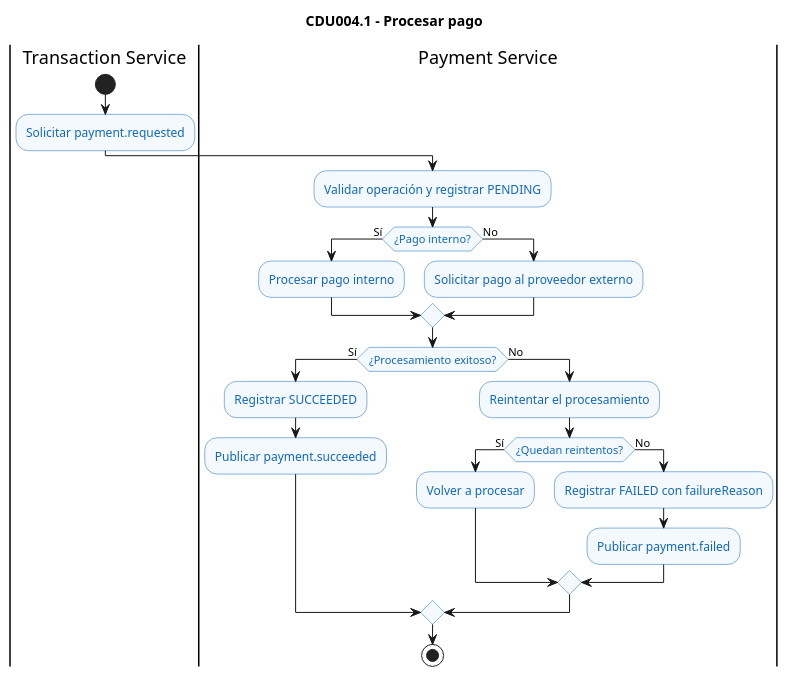
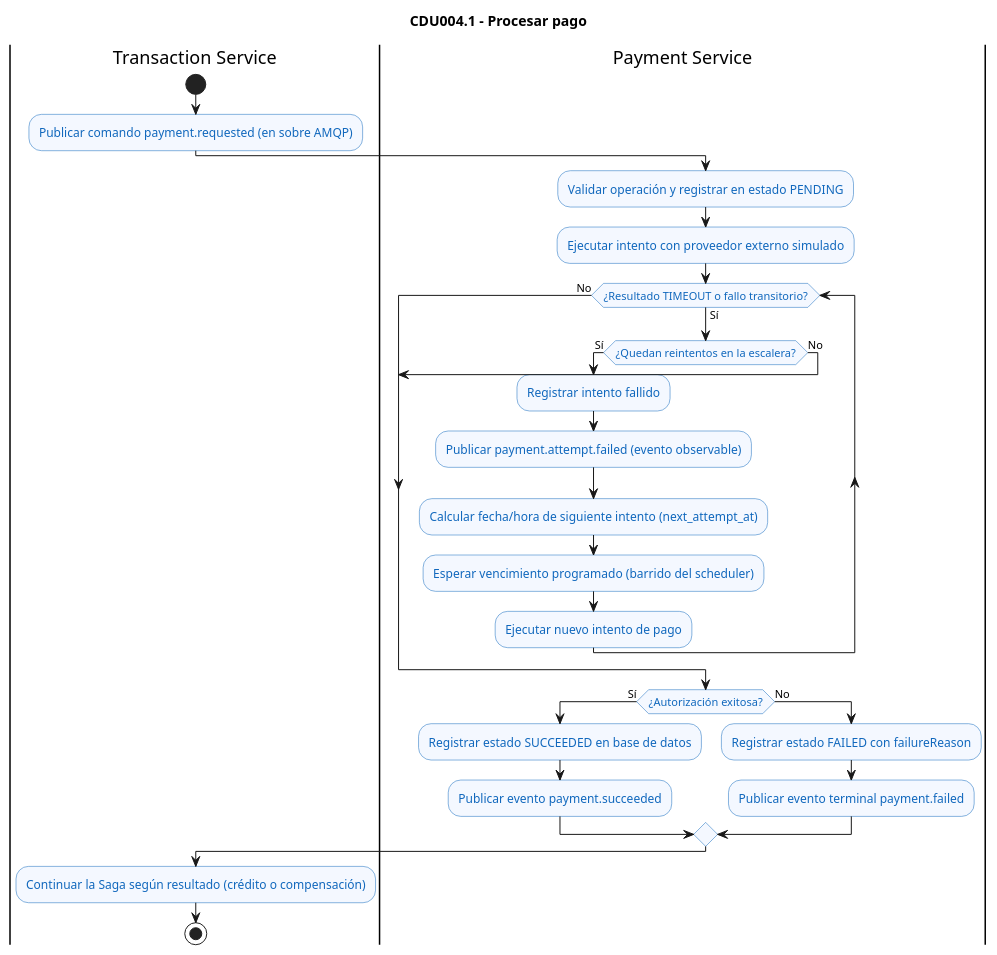
The diagram in docs/architecture/diagrams/cdu/payment/flujos/CDU004.1-procesar-pago.puml (marcosbondel/Proyecto-SA-B-2), drawn with PlantUML before and after one commit. The commit also changed 18 other files, not shown here.

Commit message:
docs: add architecture and use case diagrams in PlantUML and PNG formats

```diff
--- a/docs/architecture/diagrams/cdu/payment/flujos/CDU004.1-procesar-pago.puml
+++ b/docs/architecture/diagrams/cdu/payment/flujos/CDU004.1-procesar-pago.puml
@@ -1,34 +1,39 @@
 @startuml CDU004.1-procesar-pago
 title CDU004.1 - Procesar pago
 
 skinparam shadowing false
 skinparam activity {
     BackgroundColor #F4F8FF
     BorderColor #1168BD
     FontColor #1168BD
 }
 
 |Transaction Service|
 start
-:Solicitar payment.requested;
+:Publicar comando payment.requested (en sobre AMQP);
 |Payment Service|
-:Validar operación y registrar PENDING;
-if (¿Pago interno?) then (Sí)
-    :Procesar pago interno;
+:Validar operación y registrar en estado PENDING;
+:Ejecutar intento con proveedor externo simulado;
+while (¿Resultado TIMEOUT o fallo transitorio?) is (Sí)
+    if (¿Quedan reintentos en la escalera?) then (Sí)
+        :Registrar intento fallido;
+        :Publicar payment.attempt.failed (evento observable);
+        :Calcular fecha/hora de siguiente intento (next_attempt_at);
+        :Esperar vencimiento programado (barrido del scheduler);
+        :Ejecutar nuevo intento de pago;
+    else (No)
+        break
+    endif
+endwhile (No)
+
+if (¿Autorización exitosa?) then (Sí)
+    :Registrar estado SUCCEEDED en base de datos;
+    :Publicar evento payment.succeeded;
 else (No)
-    :Solicitar pago al proveedor externo;
+    :Registrar estado FAILED con failureReason;
+    :Publicar evento terminal payment.failed;
 endif
-if (¿Procesamiento exitoso?) then (Sí)
-    :Registrar SUCCEEDED;
-    :Publicar payment.succeeded;
-else (No)
-    :Reintentar el procesamiento;
-    if (¿Quedan reintentos?) then (Sí)
-        :Volver a procesar;
-    else (No)
-        :Registrar FAILED con failureReason;
-        :Publicar payment.failed;
-    endif
-endif
+|Transaction Service|
+:Continuar la Saga según resultado (crédito o compensación);
 stop
 @enduml
```
